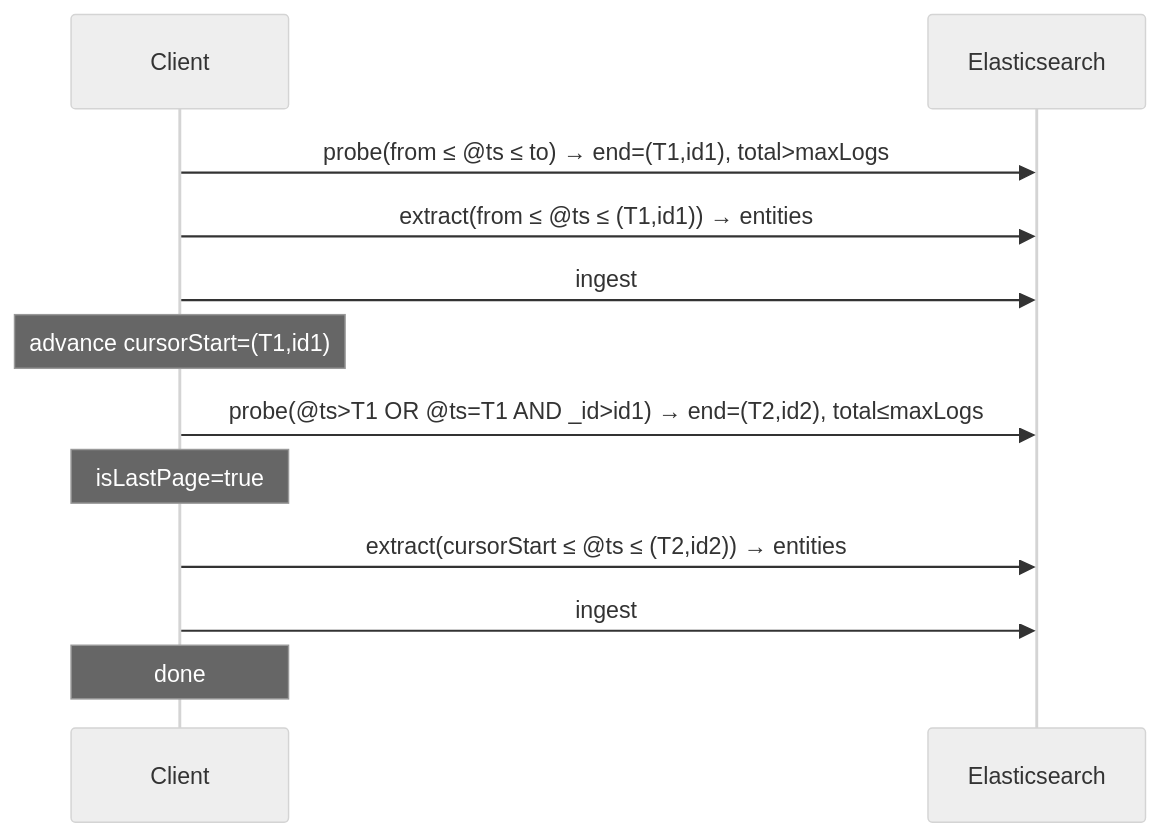
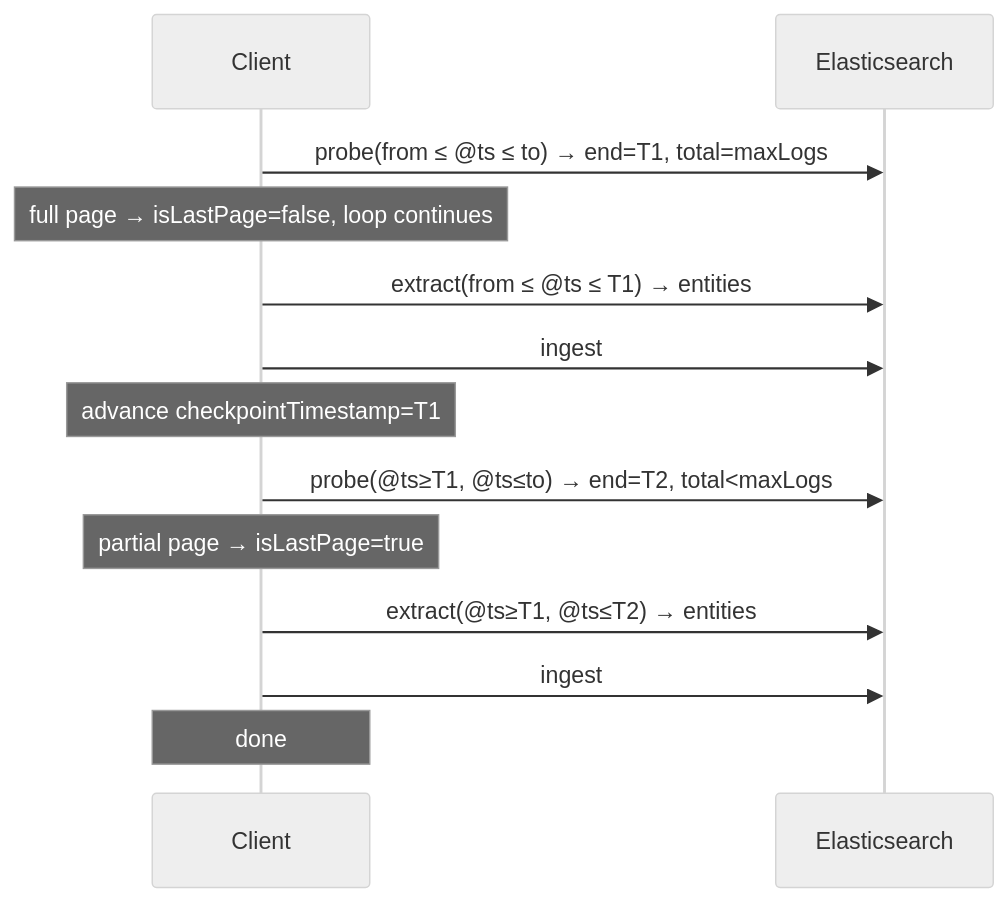
Before and after one commit to patrykkopycinski/kibana: the second of 7 diagrams in x-pack/solutions/security/plugins/entity_store/server/domain/logs_extraction/PAGINATION.md, drawn with Mermaid (neutral theme). The commit also changed other lines of this file and 20 other files, not shown here.

First line of the commit message:
[Entity Store] Paginate over timestamp + probe improvement (#270170)

````diff
--- a/x-pack/solutions/security/plugins/entity_store/server/domain/logs_extraction/PAGINATION.md
+++ b/x-pack/solutions/security/plugins/entity_store/server/domain/logs_extraction/PAGINATION.md
@@ -51,16 +52,17 @@
 ```mermaid
 sequenceDiagram
     participant C as Client
     participant ES as Elasticsearch
 
-    C->>ES: probe(from ≤ @ts ≤ to) → end=(T1,id1), total>maxLogs
-    C->>ES: extract(from ≤ @ts ≤ (T1,id1)) → entities
+    C->>ES: probe(from ≤ @ts ≤ to) → end=T1, total=maxLogs
+    Note over C: full page → isLastPage=false, loop continues
+    C->>ES: extract(from ≤ @ts ≤ T1) → entities
     C->>ES: ingest
-    Note over C: advance cursorStart=(T1,id1)
+    Note over C: advance checkpointTimestamp=T1
 
-    C->>ES: probe(@ts>T1 OR @ts=T1 AND _id>id1) → end=(T2,id2), total≤maxLogs
-    Note over C: isLastPage=true
-    C->>ES: extract(cursorStart ≤ @ts ≤ (T2,id2)) → entities
+    C->>ES: probe(@ts≥T1, @ts≤to) → end=T2, total<maxLogs
+    Note over C: partial page → isLastPage=true
+    C->>ES: extract(@ts≥T1, @ts≤T2) → entities
     C->>ES: ingest
     Note over C: done
 ```
````
